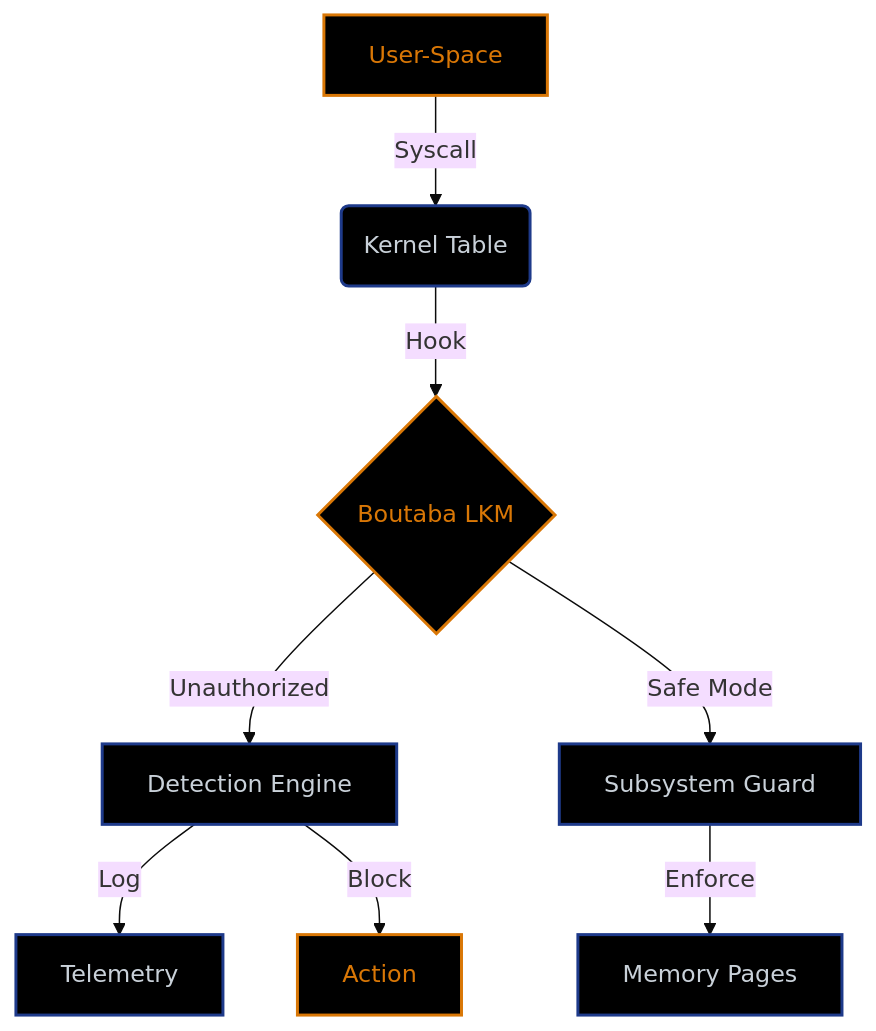
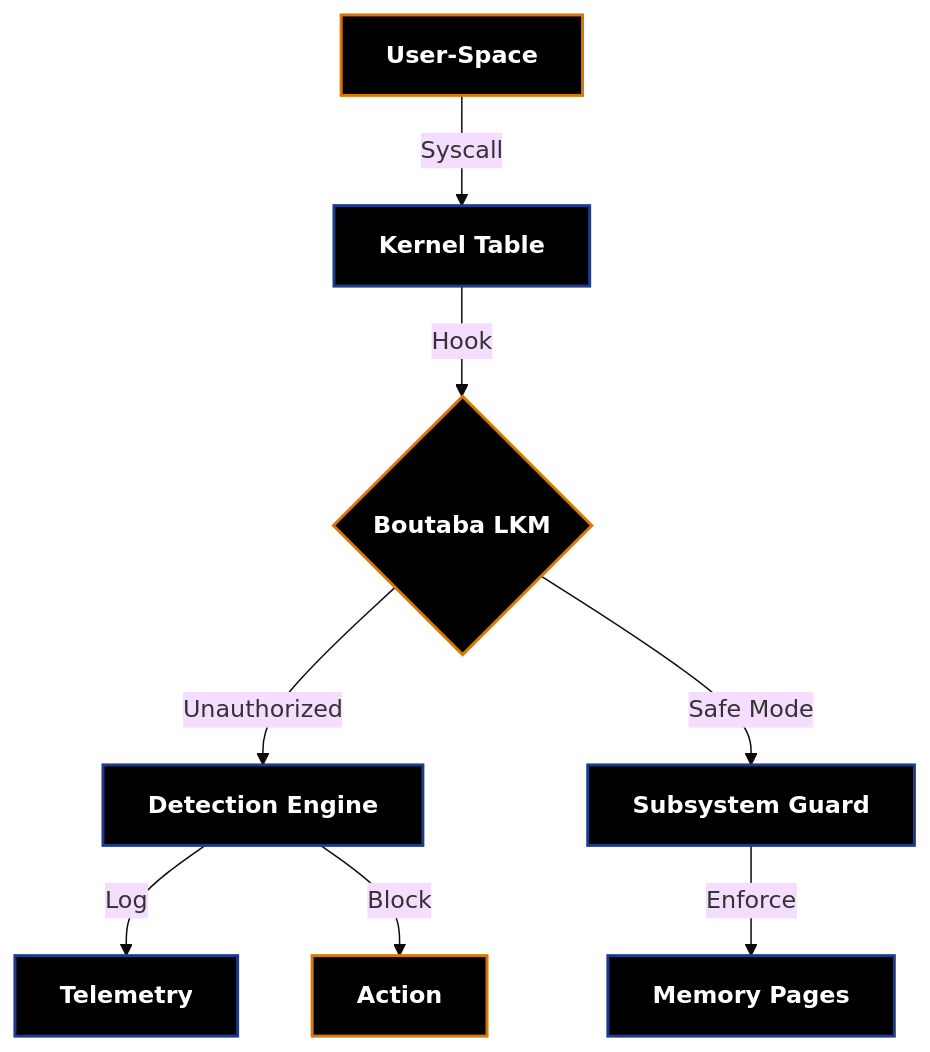
One commit to boutaba-motezeballah/linux-kernel-hardening changed the diagram in README.md. Above: the diagram before and after it, drawn with Mermaid (base theme).

````diff
--- a/README.md
+++ b/README.md
@@ -9,19 +9,19 @@
 ```mermaid
 graph TD
-    A[User-Space] -->|Syscall| B(Kernel Table)
-    B -->|Hook| C{Boutaba LKM}
-    C -->|Unauthorized| D[Detection Engine]
-    C -->|Safe Mode| E[Subsystem Guard]
-    D -->|Log| F[Telemetry]
-    D -->|Block| G[Action]
-    E -->|Enforce| H[Memory Pages]
+    A["<b style='color:#ffffff'>User-Space</b>"] -->|Syscall| B["<b style='color:#ffffff'>Kernel Table</b>"]
+    B -->|Hook| C{"<b style='color:#ffffff'>Boutaba LKM</b>"}
+    C -->|Unauthorized| D["<b style='color:#ffffff'>Detection Engine</b>"]
+    C -->|Safe Mode| E["<b style='color:#ffffff'>Subsystem Guard</b>"]
+    D -->|Log| F["<b style='color:#ffffff'>Telemetry</b>"]
+    D -->|Block| G["<b style='color:#ffffff'>Action</b>"]
+    E -->|Enforce| H["<b style='color:#ffffff'>Memory Pages</b>"]
 
-    style A fill:#000000,stroke:#d97706,stroke-width:2px,color:#d97706
-    style B fill:#000000,stroke:#1e3a8a,stroke-width:2px,color:#c9d1d9
-    style C fill:#000000,stroke:#d97706,stroke-width:2px,color:#d97706
-    style D fill:#000000,stroke:#1e3a8a,stroke-width:2px,color:#c9d1d9
-    style E fill:#000000,stroke:#1e3a8a,stroke-width:2px,color:#c9d1d9
-    style F fill:#000000,stroke:#1e3a8a,stroke-width:2px,color:#c9d1d9
-    style G fill:#000000,stroke:#d97706,stroke-width:2px,color:#d97706
-    style H fill:#000000,stroke:#1e3a8a,stroke-width:2px,color:#c9d1d9
+    style A fill:#000000,stroke:#d97706,stroke-width:2px
+    style B fill:#000000,stroke:#1e3a8a,stroke-width:2px
+    style C fill:#000000,stroke:#d97706,stroke-width:2px
+    style D fill:#000000,stroke:#1e3a8a,stroke-width:2px
+    style E fill:#000000,stroke:#1e3a8a,stroke-width:2px
+    style F fill:#000000,stroke:#1e3a8a,stroke-width:2px
+    style G fill:#000000,stroke:#d97706,stroke-width:2px
+    style H fill:#000000,stroke:#1e3a8a,stroke-width:2px
 ```
````
